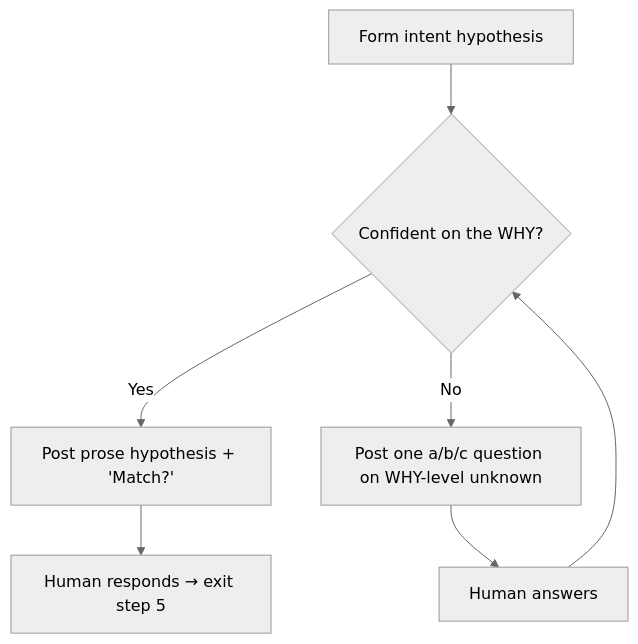
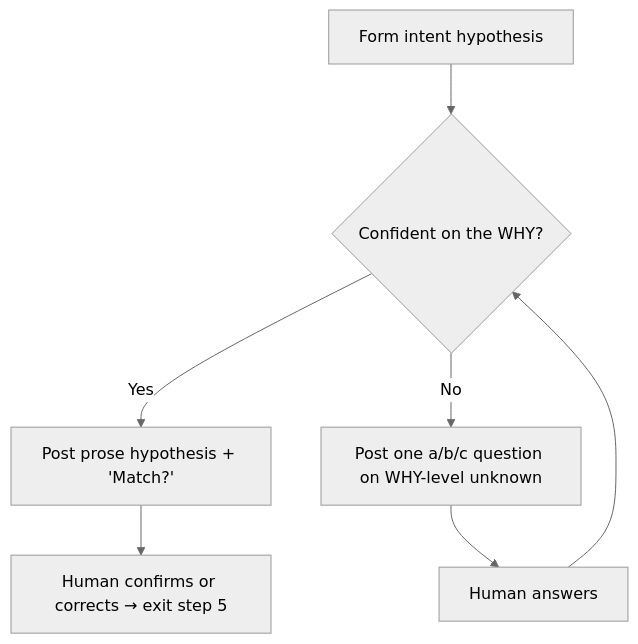
Before and after one commit to d1am0nd/devk-skills: the diagram in skills/code-review/references/clarifying-intent.md, drawn with Mermaid (neutral theme). The commit also changed other lines of this file, not shown here.

````diff
--- a/skills/code-review/references/clarifying-intent.md
+++ b/skills/code-review/references/clarifying-intent.md
@@ -7,9 +7,9 @@
 ```mermaid
 flowchart TD
     A[Form intent hypothesis] --> B{Confident on the WHY?}
     B -->|Yes| C["Post prose hypothesis + 'Match?'"]
     B -->|No| D[Post one a/b/c question on WHY-level unknown]
-    C --> E[Human responds → exit step 5]
+    C --> E[Human confirms or corrects → exit step 5]
     D --> F[Human answers]
     F --> B
 ```
````
